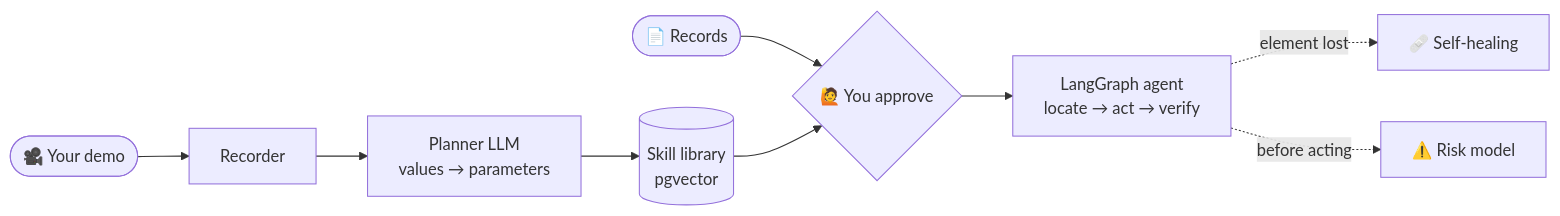
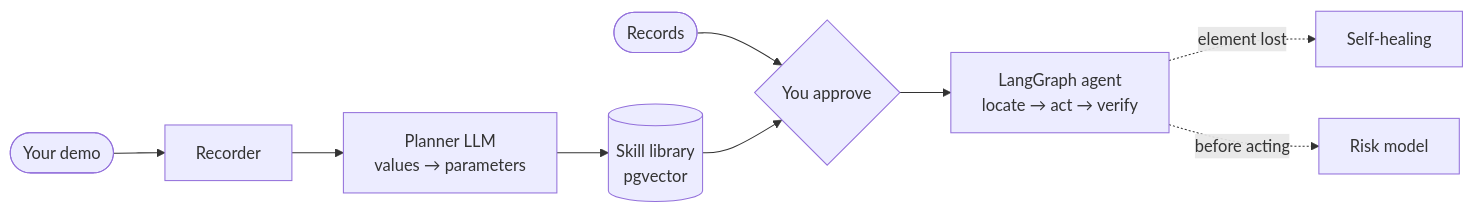
One commit to SamyBaouche/mimic changed the diagram in README.md. Above: the diagram before and after it, drawn with Mermaid. The commit also changed other lines of this file, not shown here.

````diff
--- a/README.md
+++ b/README.md
@@ -53,11 +53,11 @@
 ```mermaid
 flowchart LR
-    A([🎥 Your demo]) --> B[Recorder]
+    A([Your demo]) --> B[Recorder]
     B --> C[Planner LLM<br/>values → parameters]
     C --> D[(Skill library<br/>pgvector)]
-    E([📄 Records]) --> F{🙋 You approve}
+    E([Records]) --> F{You approve}
     D --> F
     F --> G[LangGraph agent<br/>locate → act → verify]
-    G -. element lost .-> H[🩹 Self-healing]
-    G -. before acting .-> I[⚠️ Risk model]
+    G -. element lost .-> H[Self-healing]
+    G -. before acting .-> I[Risk model]
 ```
````
